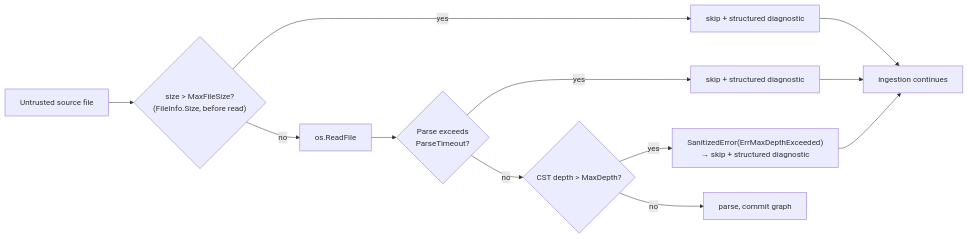
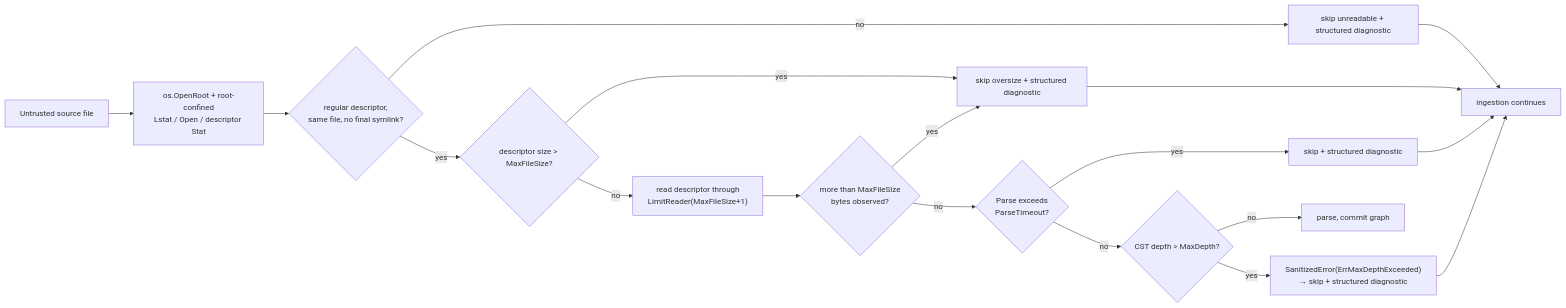
One commit to samibel/graphi changed the second of 2 diagrams in docs/default-tier-security.md. Above: the diagram before and after it, drawn with Mermaid. The commit also changed other lines of this file and 198 other files, not shown here.

Commit message:
Harden Graphi core, surfaces, and release path

````diff
--- a/docs/default-tier-security.md
+++ b/docs/default-tier-security.md
@@ -75,14 +75,20 @@
 ```mermaid
 flowchart LR
-    F["Untrusted source file"] --> S{"size > MaxFileSize?<br/>(FileInfo.Size, before read)"}
-    S -->|yes| SKIP1["skip + structured diagnostic"]
-    S -->|no| R["os.ReadFile"]
-    R --> T{"Parse exceeds<br/>ParseTimeout?"}
+    F["Untrusted source file"] --> O["os.OpenRoot + root-confined<br/>Lstat / Open / descriptor Stat"]
+    O --> V{"regular descriptor,<br/>same file, no final symlink?"}
+    V -->|no| SKIP0["skip unreadable + structured diagnostic"]
+    V -->|yes| S{"descriptor size > MaxFileSize?"}
+    S -->|yes| SKIP1["skip oversize + structured diagnostic"]
+    S -->|no| R["read descriptor through<br/>LimitReader(MaxFileSize+1)"]
+    R --> G{"more than MaxFileSize<br/>bytes observed?"}
+    G -->|yes| SKIP1
+    G -->|no| T{"Parse exceeds<br/>ParseTimeout?"}
     T -->|yes| SKIP2["skip + structured diagnostic"]
     T -->|no| D{"CST depth > MaxDepth?"}
     D -->|yes| SKIP3["SanitizedError(ErrMaxDepthExceeded)<br/>→ skip + structured diagnostic"]
     D -->|no| OK["parse, commit graph"]
+    SKIP0 --> CONT["ingestion continues"]
     SKIP1 --> CONT["ingestion continues"]
     SKIP2 --> CONT
     SKIP3 --> CONT
 ```
````
